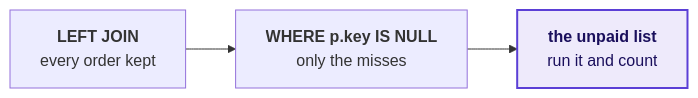
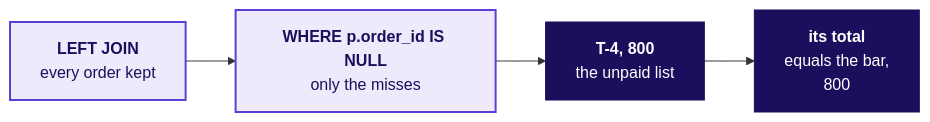
One commit to fde-academy-lab/c2-content-factory changed diagram 18 of 25 in content/W02/D2/slides/C2_W02_D02_half1_STUDENT.md. Above: the diagram before and after it, drawn with Mermaid. The commit also changed other lines of this file and 11 other files, not shown here.

````diff
--- a/content/W02/D2/slides/C2_W02_D02_half1_STUDENT.md
+++ b/content/W02/D2/slides/C2_W02_D02_half1_STUDENT.md
@@ -830,7 +1351,10 @@
 ```mermaid
 flowchart LR
-    L["<b>LEFT JOIN</b><br/>every order kept"] --> W["<b>WHERE p.key IS NULL</b><br/>only the misses"]
-    W --> U["<b>the unpaid list</b><br/>run it and count"]
+    L["<b>LEFT JOIN</b><br/>every order kept"] --> W["<b>WHERE p.order_id IS NULL</b><br/>only the misses"]
+    W --> U["<b>T-4, 800</b><br/>the unpaid list"]
+    U --> C["<b>its total</b><br/>equals the bar,<br/>800"]
     classDef known fill:#EEEAFB,stroke:#5B3FD6,color:#1A0F5C,stroke-width:2px
-    class U known
+    classDef bet fill:#1A0F5C,stroke:#1A0F5C,color:#FFFFFF
+    class L,W known
+    class U,C bet
 ```
````
